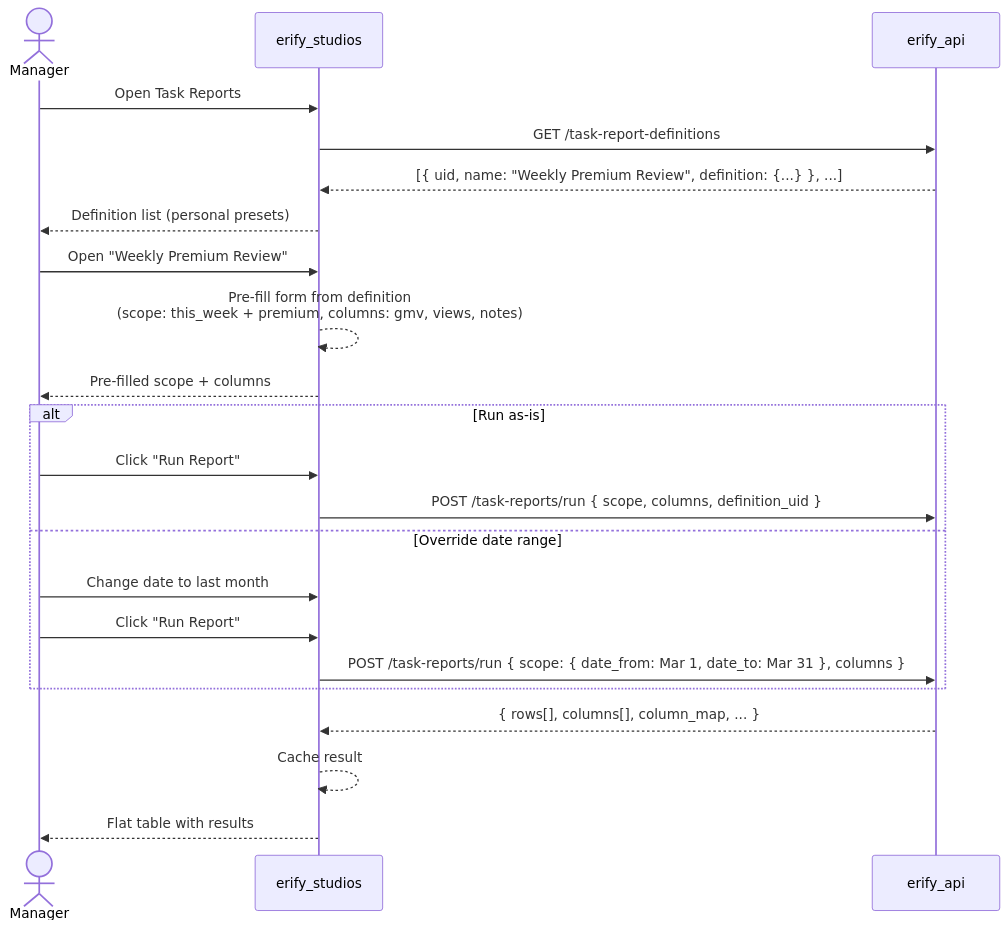
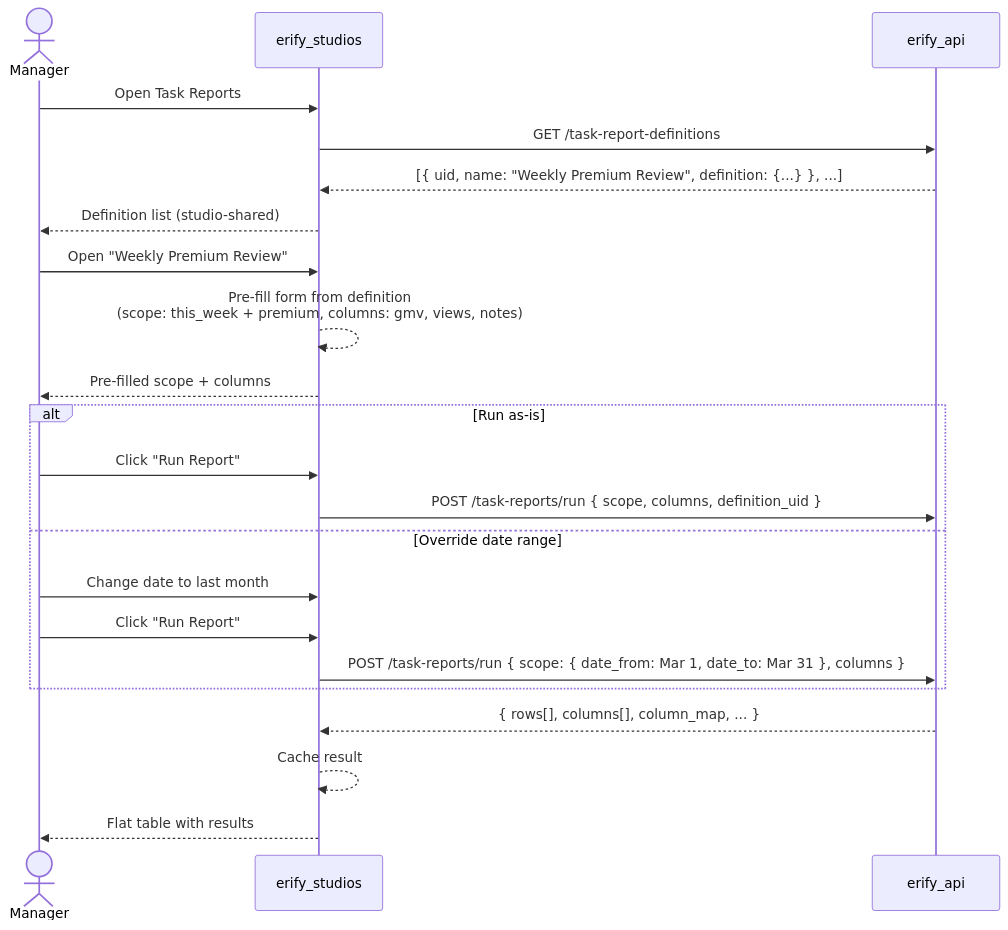
Before and after one commit to allenlin90/eridu-services: the third of 5 diagrams in docs/prd/task-submission-reporting.md, drawn with Mermaid. The commit also changed other lines of this file and 123 other files, not shown here.

````diff
--- a/docs/prd/task-submission-reporting.md
+++ b/docs/prd/task-submission-reporting.md
@@ -400,28 +456,28 @@
 ```mermaid
 sequenceDiagram
     actor Manager
     participant FE as erify_studios
     participant BE as erify_api
 
     Manager->>FE: Open Task Reports
     FE->>BE: GET /task-report-definitions
     BE-->>FE: [{ uid, name: "Weekly Premium Review", definition: {...} }, ...]
-    FE-->>Manager: Definition list (personal presets)
+    FE-->>Manager: Definition list (studio-shared)
 
     Manager->>FE: Open "Weekly Premium Review"
     FE-->>FE: Pre-fill form from definition<br/>(scope: this_week + premium, columns: gmv, views, notes)
     FE-->>Manager: Pre-filled scope + columns
 
     alt Run as-is
         Manager->>FE: Click "Run Report"
         FE->>BE: POST /task-reports/run { scope, columns, definition_uid }
     else Override date range
         Manager->>FE: Change date to last month
         Manager->>FE: Click "Run Report"
         FE->>BE: POST /task-reports/run { scope: { date_from: Mar 1, date_to: Mar 31 }, columns }
     end
 
     BE-->>FE: { rows[], columns[], column_map, ... }
     FE-->>FE: Cache result
     FE-->>Manager: Flat table with results
 ```
````
